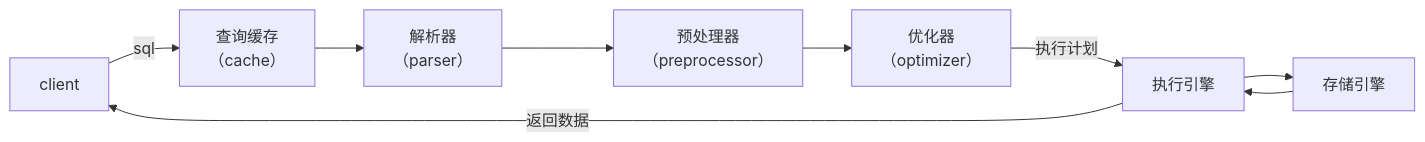
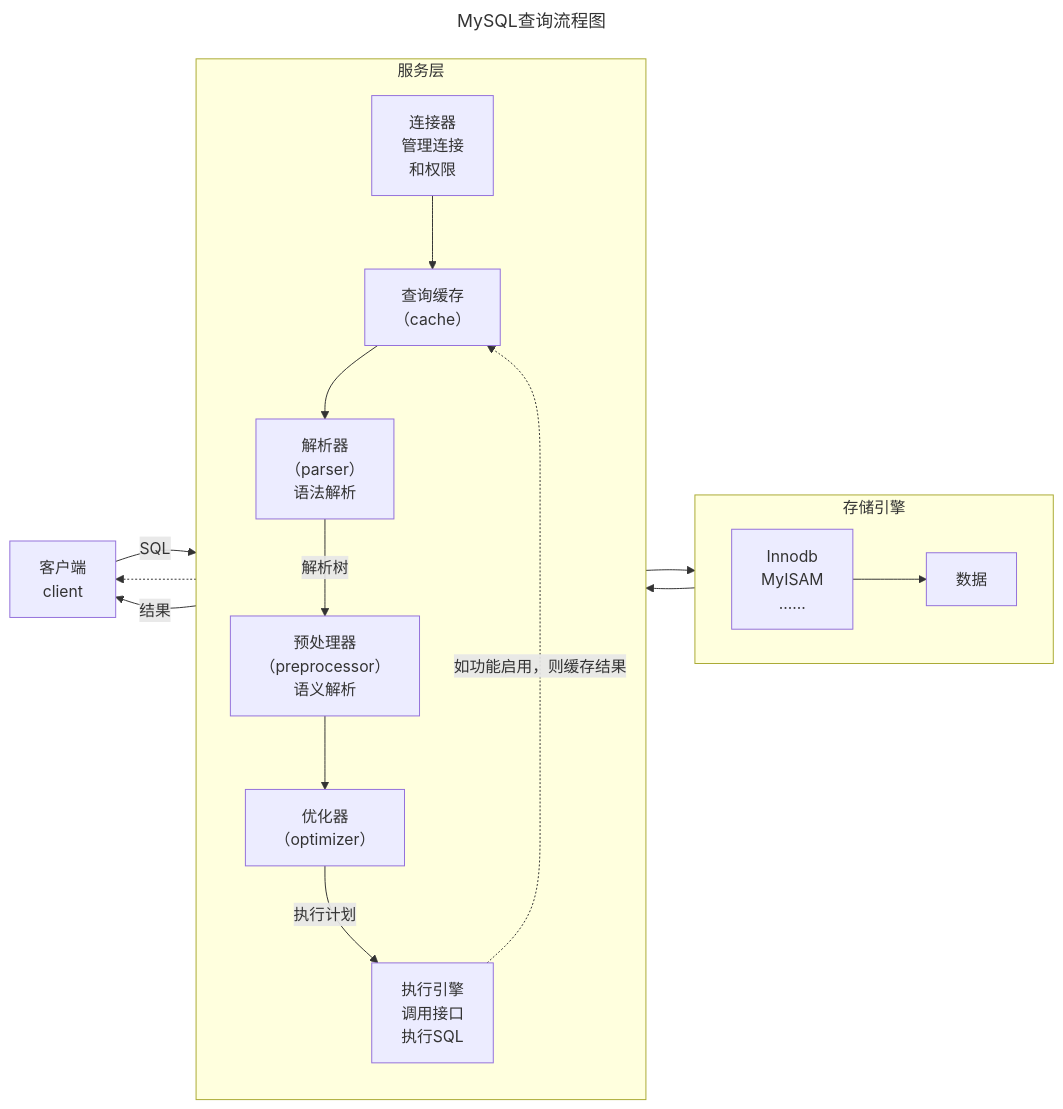
The diagram in Java/mashibing/学习笔记-数据库-Gem.md (namelessmyth/beFreeCoder), drawn with Mermaid before and after one commit. The commit also changed other lines of this file and 4 other files, not shown here.

````diff
--- a/Java/mashibing/学习笔记-数据库-Gem.md
+++ b/Java/mashibing/学习笔记-数据库-Gem.md
@@ -734,11 +481,26 @@
 ```mermaid
-graph LR
-1[client]-->|sql|2
-2["查询缓存<br/>（cache）"]-->3
-3["解析器<br/>（parser）"]-->4
-4["预处理器<br/>（preprocessor）"]-->5
-5["优化器<br/>（optimizer）"]-->|执行计划|6
-6["执行引擎"]-->7
-7[存储引擎]-->6
-6-->|返回数据|1
+---
+title: MySQL查询流程图
+---
+flowchart LR
+subgraph server["服务层"]
+	direction TB
+	1["连接器<br>管理连接<br>和权限"]-->2
+    2["查询缓存<br/>（cache）"]-->3
+    3["解析器<br/>（parser）<br>语法解析"]-->|解析树|4
+    4["预处理器<br/>（preprocessor）<br>语义解析"]-->5
+    5["优化器<br/>（optimizer）"]-->|执行计划|6
+    6["执行引擎<br>调用接口<br>执行SQL"]
+end
+subgraph storage["存储引擎"]
+    direction LR
+    7["Innodb<br>MyISAM<br>......"]-->8[数据]
+end
+2-.->0
+0[客户端<br>client]-->|"SQL"|1
+6-.->|"如功能启用，则缓存结果"|2
+6-->|"结果"|0
+6-->7
+7-->6
+
 ```
````
